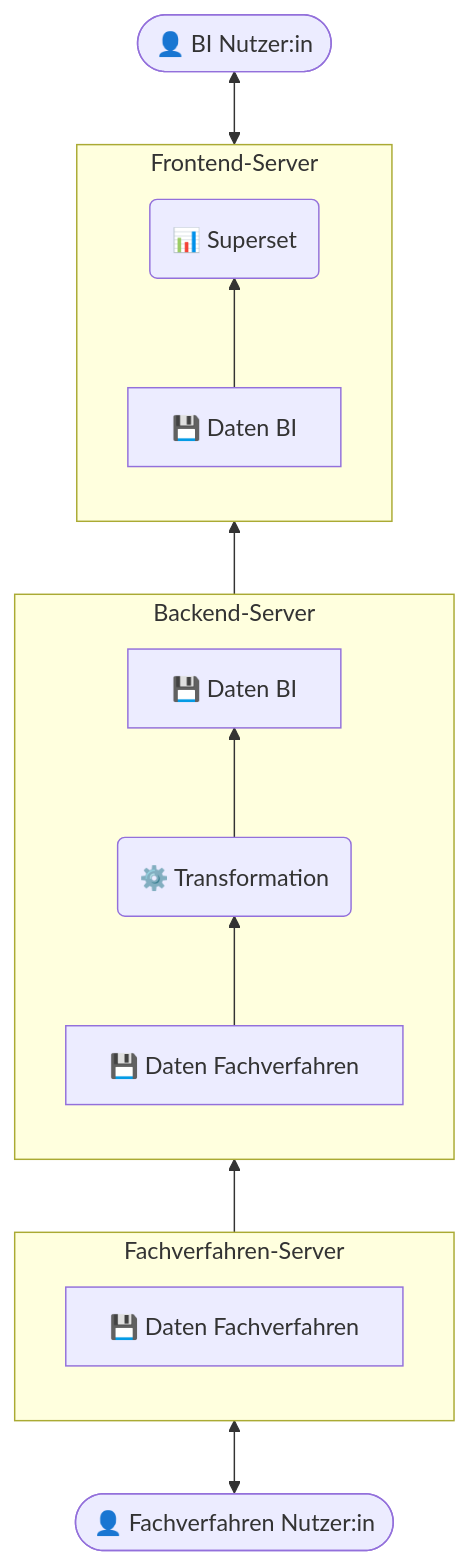
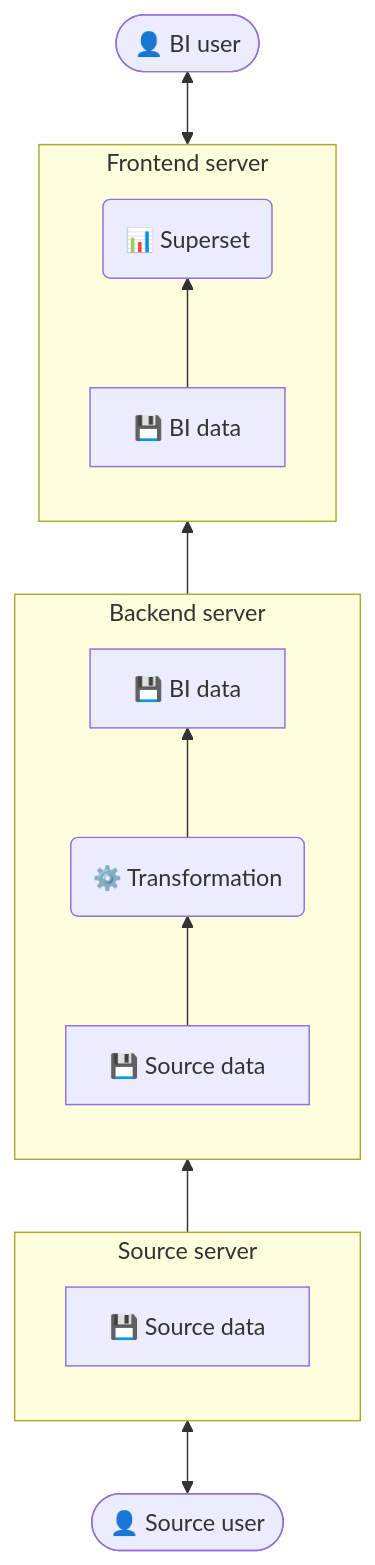
The diagram in docs/requirements.mdx (coasti-org/coasti_documentation), drawn with Mermaid before and after one commit. The commit also changed other lines of this file and 3 other files, not shown here.

````diff
--- a/docs/requirements.mdx
+++ b/docs/requirements.mdx
@@ -8,36 +12,36 @@
 ```mermaid
 
 flowchart BT
 
-    subgraph vs_graph["Fachverfahren-Server"]
-        vs_data["💾 Daten Fachverfahren"]
+    subgraph vs_graph["Source server"]
+        vs_data["💾 Source data"]
     end
 
-    subgraph back_graph["Backend-Server"]
+    subgraph back_graph["Backend server"]
         direction BT
-        back_raw["💾 Daten Fachverfahren"]
+        back_raw["💾 Source data"]
         back_dbt("⚙️ Transformation")
-        back_data["💾 Daten BI"]
+        back_data["💾 BI data"]
 
         back_raw --> back_dbt
         back_dbt --> back_data
     end
 
-    subgraph front_graph["Frontend-Server"]
+    subgraph front_graph["Frontend server"]
         direction BT
         front_superset("📊 Superset")
-        front_data["💾 Daten BI"]
+        front_data["💾 BI data"]
 
         front_data --> front_superset
     end
 
-    vs_user(["👤 Fachverfahren Nutzer:in"])
-    front_user(["👤 BI Nutzer:in"])
+    vs_user(["👤 Source user"])
+    front_user(["👤 BI user"])
 
     vs_user <--> vs_graph
     front_graph <--> front_user
 
     vs_graph --> back_graph
     back_graph --> front_graph
 
 ```
````
